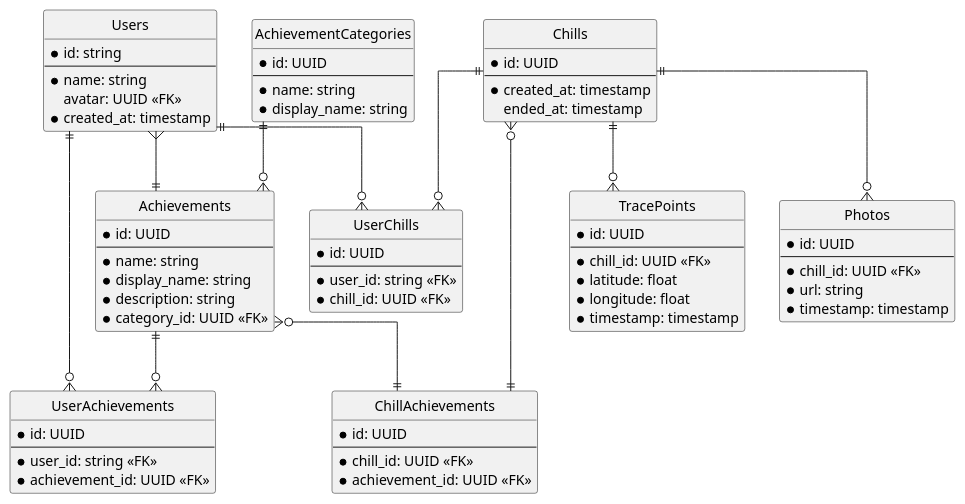
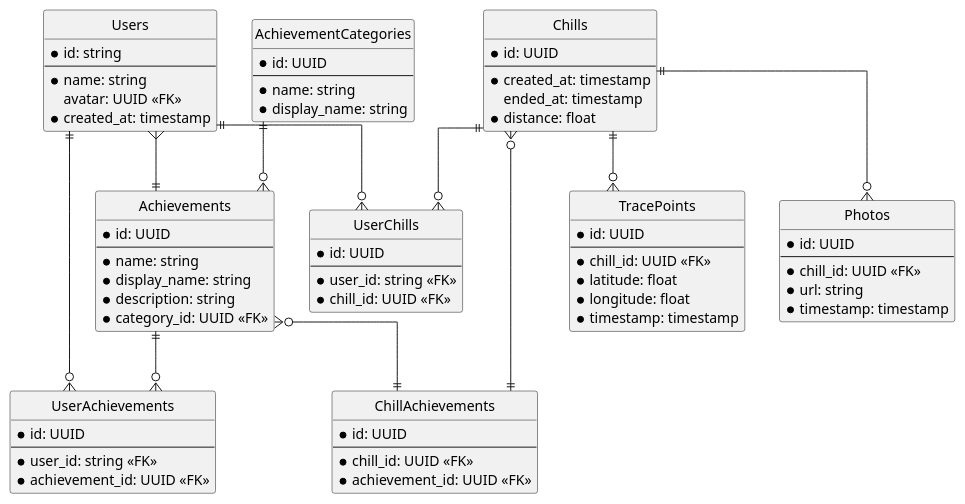
One commit to panna-cotta-2023/chilly-daze-gateway changed the diagram in docs/diagram/er_chilly_daze.pu. Above: the diagram before and after it, drawn with PlantUML. The commit also changed 3 other files, not shown here.

```diff
--- a/docs/diagram/er_chilly_daze.pu
+++ b/docs/diagram/er_chilly_daze.pu
@@ -1,89 +1,90 @@
 @startuml er_diagram
 
 ' hide the spot
 hide circle
 
 ' avoid problems with angled crows feed
 skinparam linetype ortho
 
 entity "Users" {
   * id: string
   --
   * name: string
   avatar: UUID <<FK>>
   * created_at: timestamp
 }
 
 entity "AchievementCategories" {
   * id: UUID
   --
   * name: string
   * display_name: string
 }
 
 entity "Achievements" {
   * id: UUID
   --
   *name: string
   *display_name: string
   *description: string
   *category_id: UUID <<FK>>
 }
 
 entity "UserAchievements" {
   * id: UUID
   --
   * user_id: string <<FK>>
   * achievement_id: UUID <<FK>>
 }
 
 entity "Chills" {
   * id: UUID
   --
   * created_at: timestamp
   ended_at: timestamp
+  * distance: float
 }
 
 entity "UserChills" {
   * id: UUID
   --
   * user_id: string <<FK>>
   * chill_id: UUID <<FK>>
 }
 
 entity "ChillAchievements" {
   * id: UUID
   --
   * chill_id: UUID <<FK>>
   * achievement_id: UUID <<FK>>
 }
 
 entity "TracePoints" {
   * id: UUID
   --
   * chill_id: UUID <<FK>>
   * latitude: float
   * longitude: float
   * timestamp: timestamp
 }
 
 entity "Photos" {
   * id: UUID
   --
   * chill_id: UUID <<FK>>
   * url: string
   * timestamp: timestamp
 }
 
 Users ||--o{ UserAchievements
 Achievements ||--o{ UserAchievements
 Users ||--o{ UserChills
 Chills ||--o{ UserChills
 Chills ||--o{ TracePoints
 Chills ||--o{ Photos
 AchievementCategories ||--o{ Achievements
 Users }--|| Achievements
 Achievements }o--|| ChillAchievements
 Chills }o--|| ChillAchievements
 
 @enduml
```
